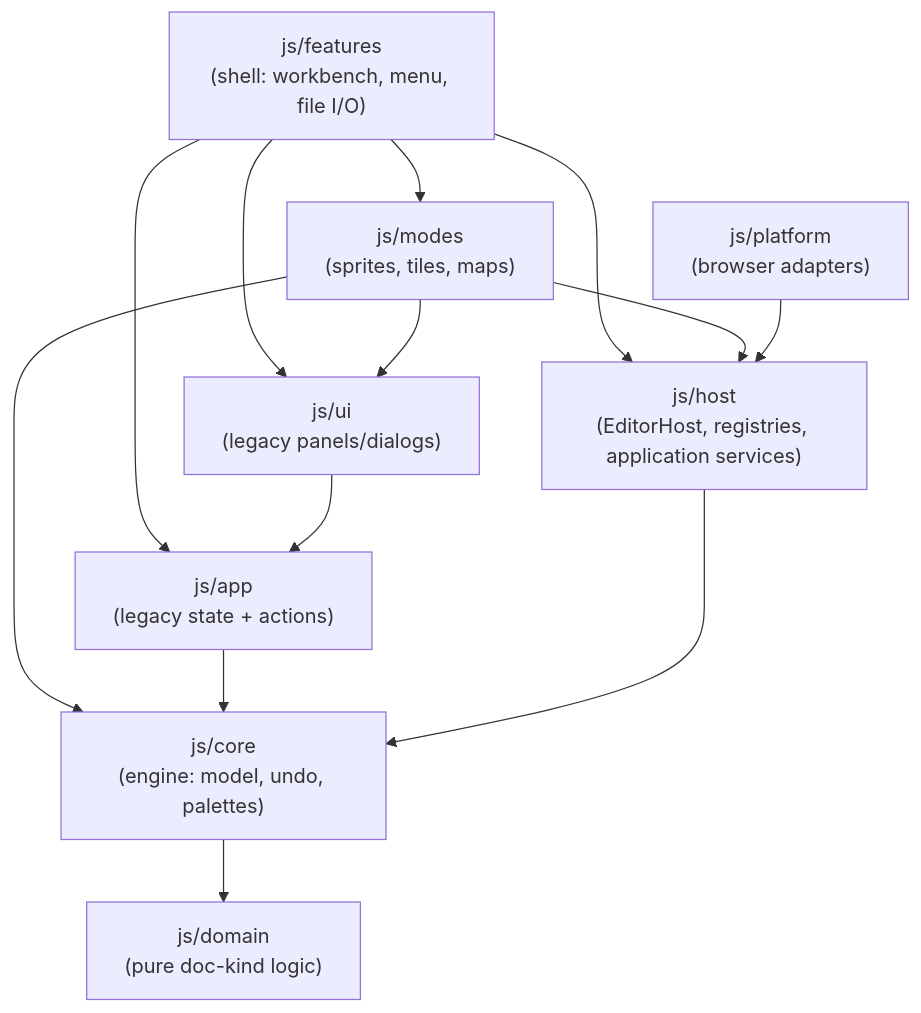
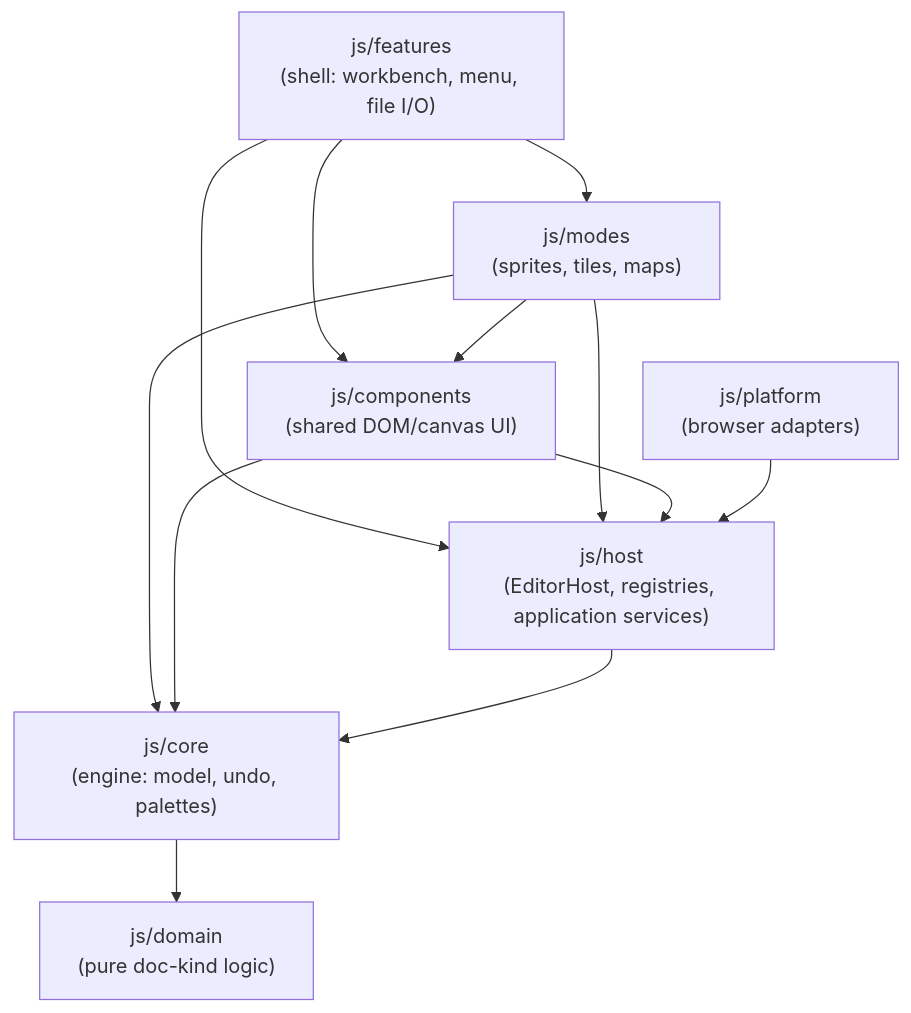
One commit to kiforsbe/pixelartist changed the first of 4 diagrams in docs/ARCHITECTURE.md. Above: the diagram before and after it, drawn with Mermaid. The commit also changed other lines of this file and 83 other files, not shown here.

Commit message:
refactor: retire legacy app state and app directory

````diff
--- a/docs/ARCHITECTURE.md
+++ b/docs/ARCHITECTURE.md
@@ -45,24 +40,22 @@
 ```mermaid
 graph TD
-    UI["js/ui<br/>(legacy panels/dialogs)"]
-    APP["js/app<br/>(legacy state + actions)"]
+    COMPONENTS["js/components<br/>(shared DOM/canvas UI)"]
     FEATURES["js/features<br/>(shell: workbench, menu, file I/O)"]
     MODES["js/modes<br/>(sprites, tiles, maps)"]
     PLATFORM["js/platform<br/>(browser adapters)"]
     HOST["js/host<br/>(EditorHost, registries, application services)"]
     CORE["js/core<br/>(engine: model, undo, palettes)"]
     DOMAIN["js/domain<br/>(pure doc-kind logic)"]
 
     FEATURES --> MODES
     FEATURES --> HOST
-    FEATURES --> APP
-    FEATURES --> UI
+    FEATURES --> COMPONENTS
     MODES --> HOST
     MODES --> CORE
-    MODES --> UI
-    UI --> APP
-    APP --> CORE
+    MODES --> COMPONENTS
+    COMPONENTS --> HOST
+    COMPONENTS --> CORE
     HOST --> CORE
     PLATFORM --> HOST
     CORE --> DOMAIN
 ```
````
